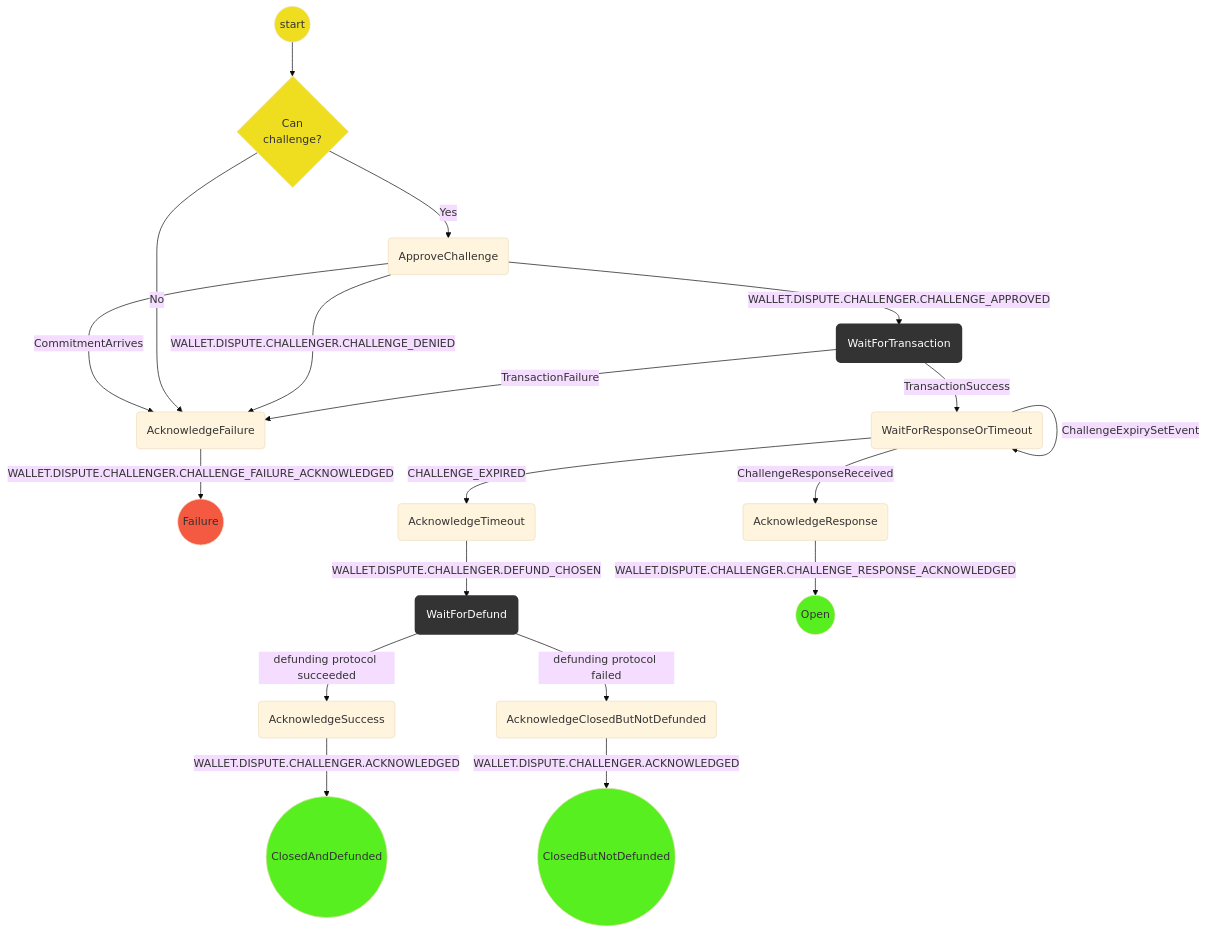
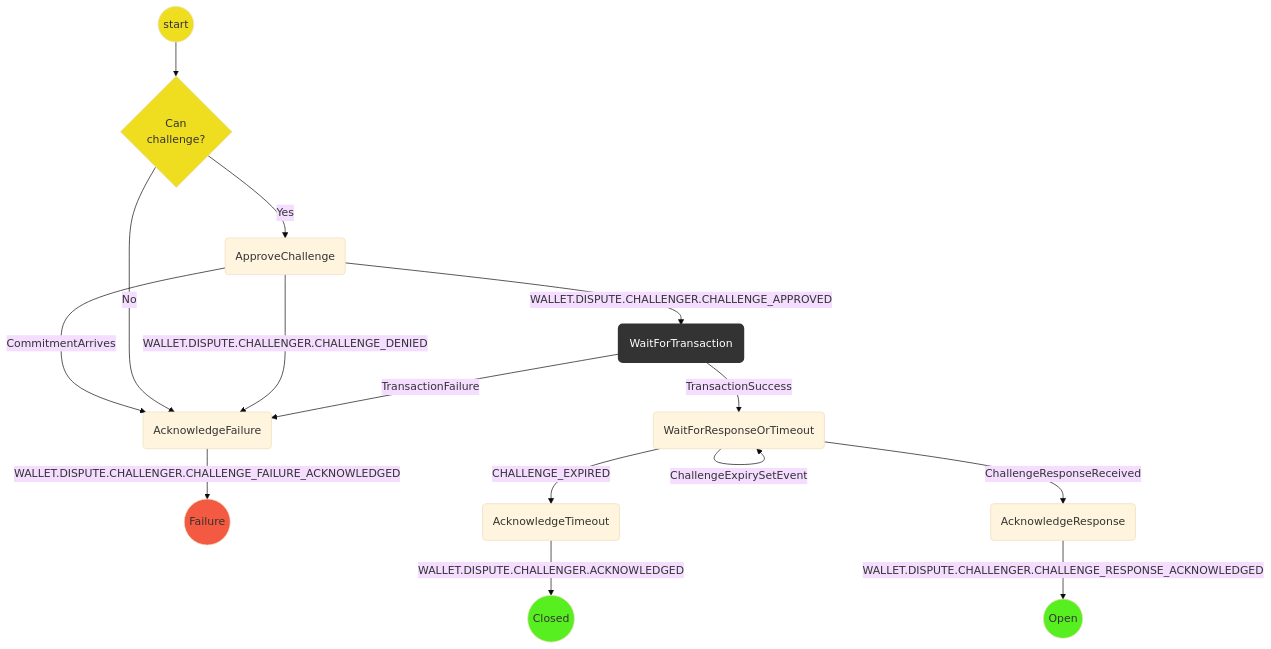
Before and after one commit to magmo/apps: the diagram in packages/wallet/src/redux/protocols/dispute/challenger/readme.md, drawn with Mermaid (base theme). The commit also changed other lines of this file and 2 other files, not shown here.

Commit message:
Remove defunding protocol from readmes

````diff
--- a/packages/wallet/src/redux/protocols/dispute/challenger/readme.md
+++ b/packages/wallet/src/redux/protocols/dispute/challenger/readme.md
@@ -21,30 +19,29 @@
 ```mermaid
 graph TD
 linkStyle default interpolate basis
   S((start)) --> CE{Can<br/>challenge?}
   CE --> |Yes| WFA(ApproveChallenge)
   WFA --> |CommitmentArrives| AF
   WFA --> |WALLET.DISPUTE.CHALLENGER.CHALLENGE_APPROVED| WFT(WaitForTransaction)
   CE --> |No| AF
   WFA --> |WALLET.DISPUTE.CHALLENGER.CHALLENGE_DENIED| AF(AcknowledgeFailure)
   AF --> |WALLET.DISPUTE.CHALLENGER.CHALLENGE_FAILURE_ACKNOWLEDGED| F((Failure))
   WFT --> |TransactionSuccess| WFRT(WaitForResponseOrTimeout)
   WFT --> |TransactionFailure| AF
   WFRT --> |CHALLENGE_EXPIRED| AT(AcknowledgeTimeout)
+
+
   WFRT -->|ChallengeExpirySetEvent| WFRT
-  AT --> |WALLET.DISPUTE.CHALLENGER.DEFUND_CHOSEN| D(WaitForDefund)
-  D   --> |defunding protocol succeeded| AS(AcknowledgeSuccess)
-  D   --> |defunding protocol failed| ACBND(AcknowledgeClosedButNotDefunded)
-  ACBND -->|WALLET.DISPUTE.CHALLENGER.ACKNOWLEDGED| SCBND((ClosedButNotDefunded))
-  AS -->|WALLET.DISPUTE.CHALLENGER.ACKNOWLEDGED| SCD((ClosedAndDefunded))
+  AT --> |WALLET.DISPUTE.CHALLENGER.ACKNOWLEDGED| SD((Closed))
+
   WFRT --> |ChallengeResponseReceived| AR(AcknowledgeResponse)
   AR --> |WALLET.DISPUTE.CHALLENGER.CHALLENGE_RESPONSE_ACKNOWLEDGED| SP((Open))
   classDef logic fill:#efdd20;
   classDef Success fill:#58ef21;
   classDef Failure fill:#f45941;
   classDef WaitForChildProtocol stroke:#333,stroke-width:4px,color:#ffff,fill:#333;
   class S,CE logic;
-  class SP,SCD,SCBND Success;
+  class SP,SD Success;
   class F Failure;
   class WFT,D WaitForChildProtocol;
 ```
````
